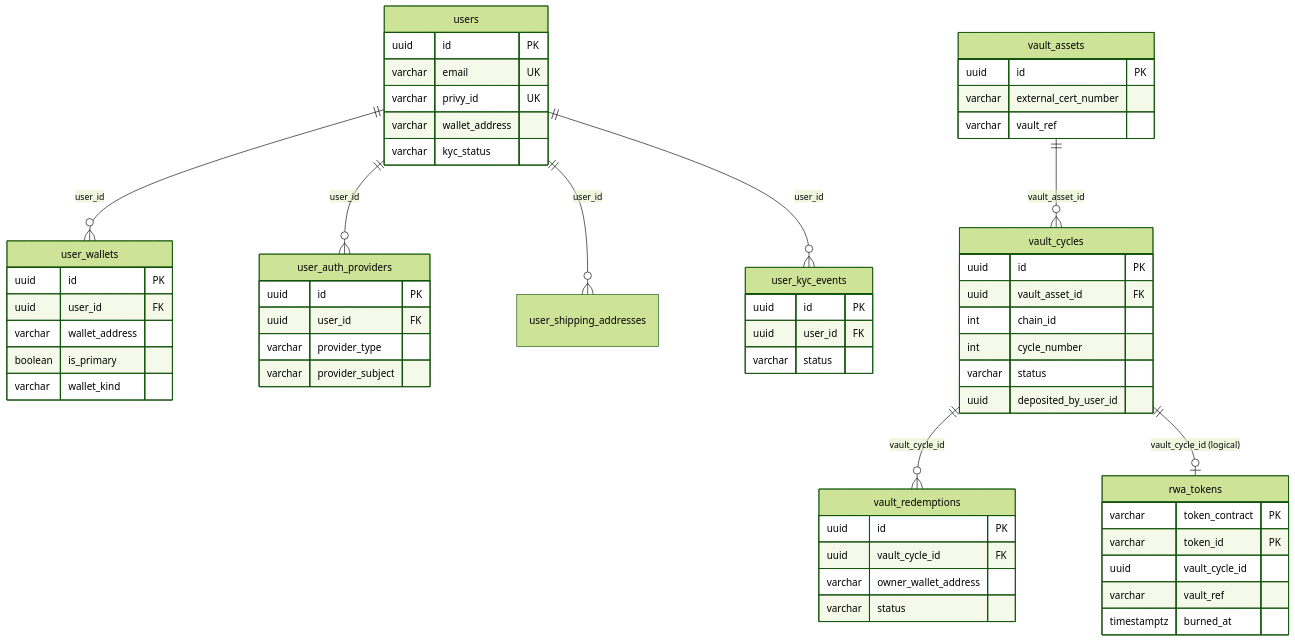
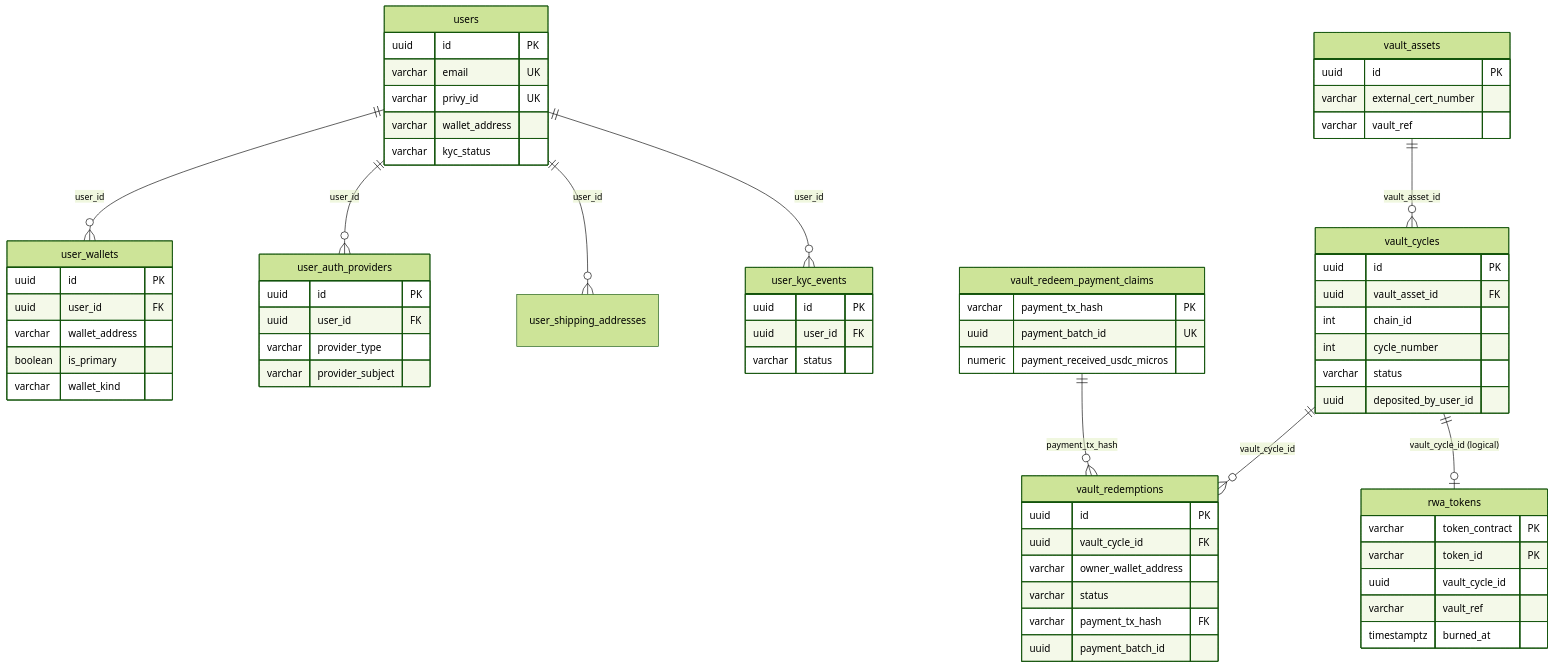
One commit to tokenable-dev/tokenable-dev changed the first of 2 diagrams in docs/architecture/database.md. Above: the diagram before and after it, drawn with Mermaid (forest theme). The commit also changed other lines of this file and 293 other files, not shown here.

````diff
--- a/docs/architecture/database.md
+++ b/docs/architecture/database.md
@@ -88,62 +90,70 @@
 ```mermaid
 erDiagram
     users {
         uuid id PK
         varchar email UK
         varchar privy_id UK
         varchar wallet_address
         varchar kyc_status
     }
     user_wallets {
         uuid id PK
         uuid user_id FK
         varchar wallet_address
         boolean is_primary
         varchar wallet_kind
     }
     user_auth_providers {
         uuid id PK
         uuid user_id FK
         varchar provider_type
         varchar provider_subject
     }
     user_kyc_events {
         uuid id PK
         uuid user_id FK
         varchar status
     }
     vault_assets {
         uuid id PK
         varchar external_cert_number
         varchar vault_ref
     }
     vault_cycles {
         uuid id PK
         uuid vault_asset_id FK
         int chain_id
         int cycle_number
         varchar status
         uuid deposited_by_user_id
     }
     vault_redemptions {
         uuid id PK
         uuid vault_cycle_id FK
         varchar owner_wallet_address
         varchar status
+        varchar payment_tx_hash FK
+        uuid payment_batch_id
+    }
+    vault_redeem_payment_claims {
+        varchar payment_tx_hash PK
+        uuid payment_batch_id UK
+        numeric payment_received_usdc_micros
     }
     rwa_tokens {
         varchar token_contract PK
         varchar token_id PK
         uuid vault_cycle_id
         varchar vault_ref
         timestamptz burned_at
     }
 
     users ||--o{ user_wallets : "user_id"
     users ||--o{ user_auth_providers : "user_id"
     users ||--o{ user_shipping_addresses : "user_id"
     users ||--o{ user_kyc_events : "user_id"
     vault_assets ||--o{ vault_cycles : "vault_asset_id"
     vault_cycles ||--o{ vault_redemptions : "vault_cycle_id"
     vault_cycles ||--o| rwa_tokens : "vault_cycle_id (logical)"
+    vault_redeem_payment_claims ||--o{ vault_redemptions : "payment_tx_hash"
 ```
````
